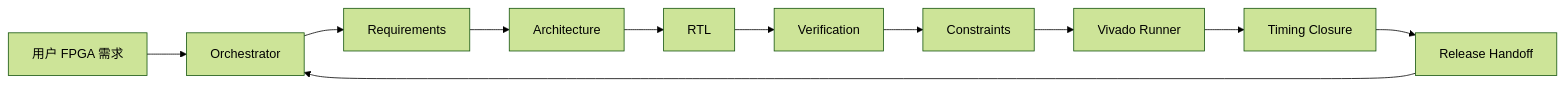
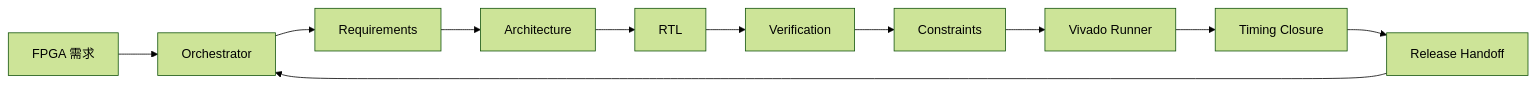
Before and after one commit to makabaka165/fpga-multi-agent-team: the diagram in README.zh-CN.md, drawn with Mermaid (forest theme). The commit also changed other lines of this file and 6 other files, not shown here.

````diff
--- a/README.zh-CN.md
+++ b/README.zh-CN.md
@@ -37,13 +47,13 @@
 ```mermaid
 flowchart LR
-  U[用户 FPGA 需求] --> O[Orchestrator]
+  U[FPGA 需求] --> O[Orchestrator]
   O --> R[Requirements]
   R --> A[Architecture]
   A --> RTL[RTL]
   RTL --> V[Verification]
   V --> C[Constraints]
   C --> X[Vivado Runner]
   X --> T[Timing Closure]
   T --> H[Release Handoff]
   H --> O
 ```
````
